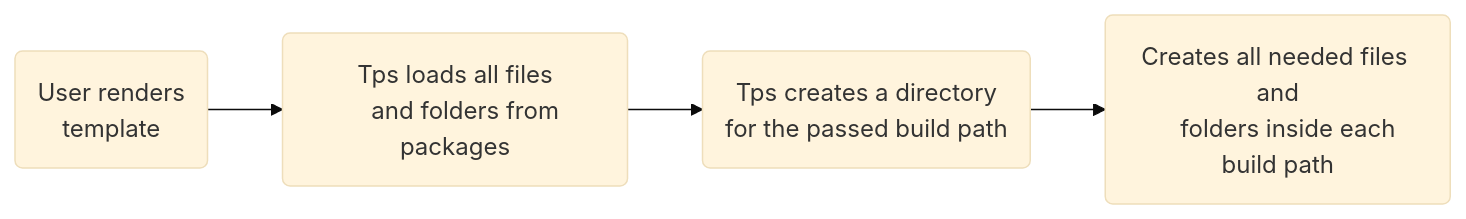
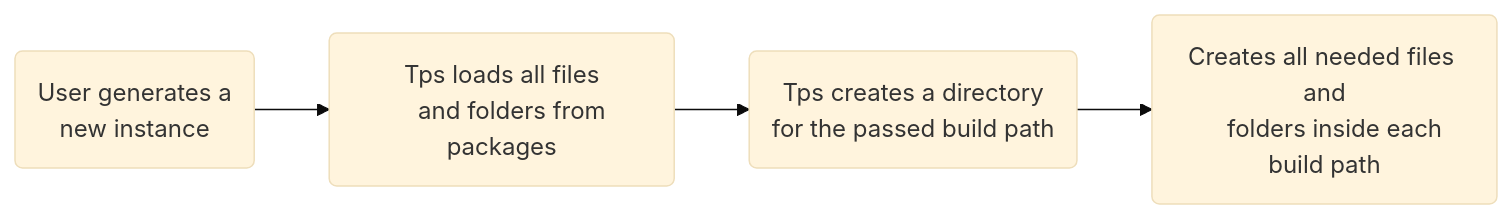
One commit to marcellino-ornelas/templates changed the diagram in docs/docs/main/create-new-template/templates.mdx. Above: the diagram before and after it, drawn with Mermaid (base theme). The commit also changed other lines of this file and 1 other file, not shown here.

Commit message:
template doc fixes

````diff
--- a/docs/docs/main/create-new-template/templates.mdx
+++ b/docs/docs/main/create-new-template/templates.mdx
@@ -201,14 +194,14 @@
 ```mermaid
 graph LR;
-    step1("User renders
-    template")
+    step1("User generates a
+	new instance")
     step2("Tps loads all files
     and folders from packages")
     step3("Tps creates a directory
     for the passed build path")
     step4("Creates all needed files and
     folders inside each build path")
     step1-->step2;
     step2-->step3;
     step3-->step4;
 ```
````
